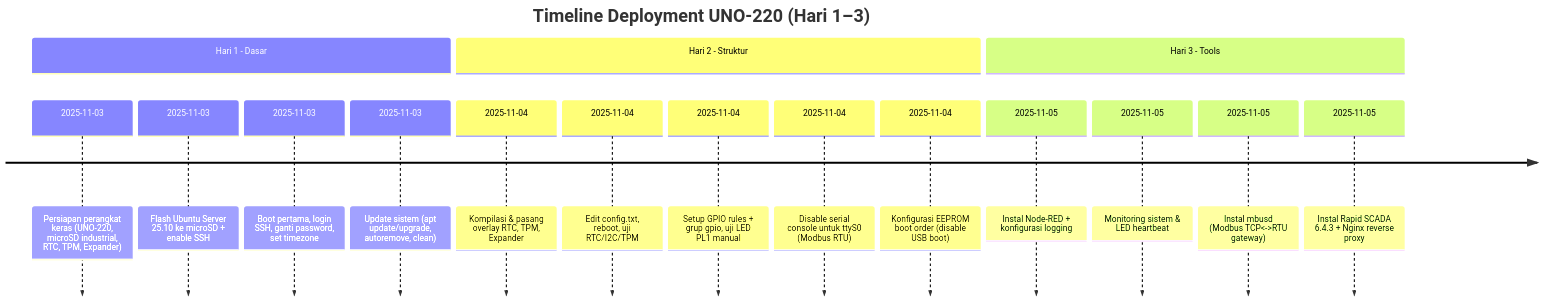
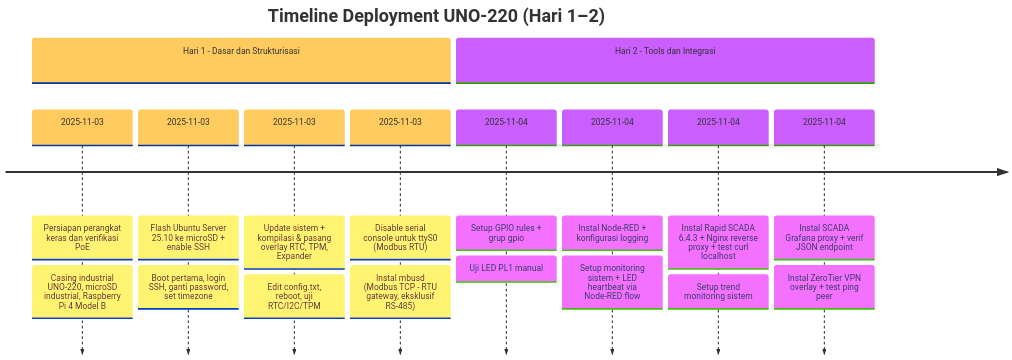
One commit to kumajaya/automation-blog changed the second of 3 diagrams in docs/_posts/2025-10-23-menyiapkan-advantech-uno-220-sebagai-edge-device-industri.md. Above: the diagram before and after it, drawn with Mermaid. The commit also changed other lines of this file, not shown here.

```diff
--- a/docs/_posts/2025-10-23-menyiapkan-advantech-uno-220-sebagai-edge-device-industri.md
+++ b/docs/_posts/2025-10-23-menyiapkan-advantech-uno-220-sebagai-edge-device-industri.md
@@ -1392,20 +1467,25 @@
 <div class="mermaid" style="width:110%;">
-  timeline
-      title Timeline Deployment UNO-220 (Hari 1–3)
-      section Hari 1 - Dasar
-        2025-11-03 : Persiapan perangkat keras (UNO-220, microSD industrial, RTC, TPM, Expander)
-        2025-11-03 : Flash Ubuntu Server 25.10 ke microSD + enable SSH
-        2025-11-03 : Boot pertama, login SSH, ganti password, set timezone
-        2025-11-03 : Update sistem (apt update/upgrade, autoremove, clean)
-      section Hari 2 - Struktur
-        2025-11-04 : Kompilasi &amp; pasang overlay RTC, TPM, Expander
-        2025-11-04 : Edit config.txt, reboot, uji RTC/I2C/TPM
-        2025-11-04 : Setup GPIO rules + grup gpio, uji LED PL1 manual
-        2025-11-04 : Disable serial console untuk ttyS0 (Modbus RTU)
-        2025-11-04 : Konfigurasi EEPROM boot order (disable USB boot)
-      section Hari 3 - Tools
-        2025-11-05 : Instal Node-RED + konfigurasi logging
-        2025-11-05 : Monitoring sistem &amp; LED heartbeat
-        2025-11-05 : Instal mbusd (Modbus TCP&lt;-&gt;RTU gateway)
-        2025-11-05 : Instal Rapid SCADA 6.4.3 + Nginx reverse proxy
+    ---
+    config:
+      theme: base
+    ---
+    timeline
+        title Timeline Deployment UNO-220 (Hari 1–2)
+        section Hari 1 - Dasar dan Strukturisasi
+          2025-11-03 : Persiapan perangkat keras dan verifikasi PoE
+            : Casing industrial UNO-220, microSD industrial, Raspberry Pi 4 Model B
+          2025-11-03 : Flash Ubuntu Server 25.10 ke microSD + enable SSH
+            : Boot pertama, login SSH, ganti password, set timezone
+          2025-11-03 : Update sistem + kompilasi &amp; pasang overlay RTC, TPM, Expander
+            : Edit config.txt, reboot, uji RTC/I2C/TPM
+          2025-11-03 : Disable serial console untuk ttyS0 (Modbus RTU)
+            : Instal mbusd (Modbus TCP - RTU gateway, eksklusif RS-485)
+        section Hari 2 - Tools dan Integrasi
+          2025-11-04 : Setup GPIO rules + grup gpio : Uji LED PL1 manual
+          2025-11-04 : Instal Node-RED + konfigurasi logging
+            : Setup monitoring sistem + LED heartbeat via Node-RED flow
+          2025-11-04 : Instal Rapid SCADA 6.4.3 + Nginx reverse proxy + test curl localhost
+            : Setup trend monitoring sistem
+          2025-11-04 : Instal SCADA Grafana proxy + verif JSON endpoint
+            : Instal ZeroTier VPN overlay + test ping peer
 </div>
```
